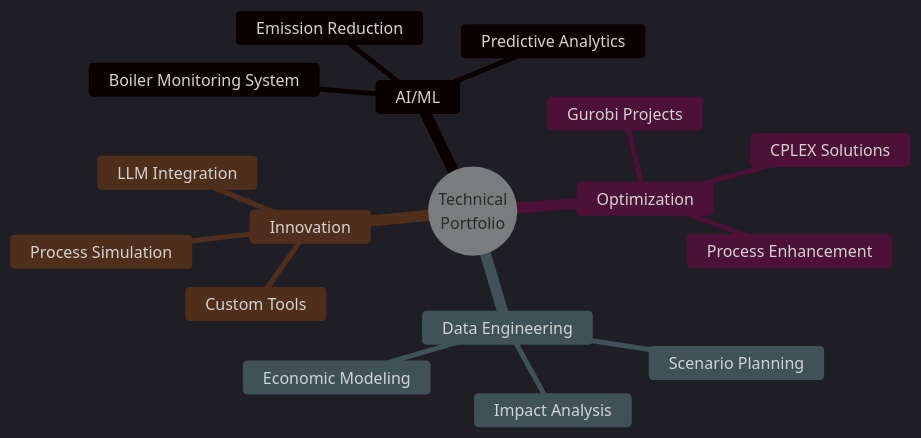
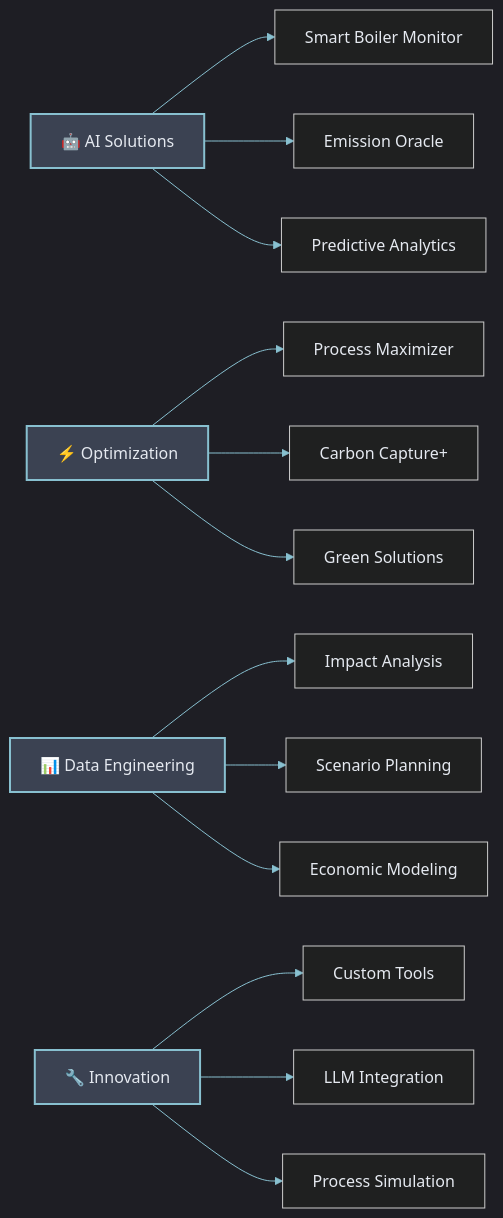
One commit to m-ahmed-elbeskeri/m-ahmed-elbeskeri changed the diagram in README.md. Above: the diagram before and after it, drawn with Mermaid. The commit also changed other lines of this file, not shown here.

````diff
--- a/README.md
+++ b/README.md
@@ -70,21 +54,24 @@
 ```mermaid
-%%{init: {'theme': 'dark', 'themeVariables': { 'primaryColor': '#1A1B27', 'primaryTextColor': '#70A4FC', 'primaryBorderColor': '#434968', 'lineColor': '#70A4FC', 'textColor': '#A9B1D6'}}}%%
-mindmap
-  root((Technical<br/>Portfolio))
-    AI/ML
-      Boiler Monitoring System
-      Predictive Analytics
-      Emission Reduction
-    Optimization
-      CPLEX Solutions
-      Gurobi Projects
-      Process Enhancement
-    Data Engineering
-      Impact Analysis
-      Scenario Planning
-      Economic Modeling
-    Innovation
-      Custom Tools
-      LLM Integration
-      Process Simulation
+%%{init: {'theme': 'dark', 'themeVariables': { 'primaryColor': '#2E3440', 'primaryTextColor': '#88C0D0', 'primaryBorderColor': '#4C566A', 'lineColor': '#88C0D0', 'textColor': '#E5E9F0', 'fontSize': '16px'}}}%%
+graph LR
+    A[🤖 AI Solutions] --> A1[Smart Boiler Monitor]
+    A --> A2[Emission Oracle]
+    A --> A3[Predictive Analytics]
+    
+    B[⚡ Optimization] --> B1[Process Maximizer]
+    B --> B2[Carbon Capture+]
+    B --> B3[Green Solutions]
+    
+    C[📊 Data Engineering] --> C1[Impact Analysis]
+    C --> C2[Scenario Planning]
+    C --> C3[Economic Modeling]
+    
+    D[🔧 Innovation] --> D1[Custom Tools]
+    D --> D2[LLM Integration]
+    D --> D3[Process Simulation]
+
+    style A fill:#3B4252,stroke:#88C0D0,stroke-width:2px
+    style B fill:#3B4252,stroke:#88C0D0,stroke-width:2px
+    style C fill:#3B4252,stroke:#88C0D0,stroke-width:2px
+    style D fill:#3B4252,stroke:#88C0D0,stroke-width:2px
 ```
````
